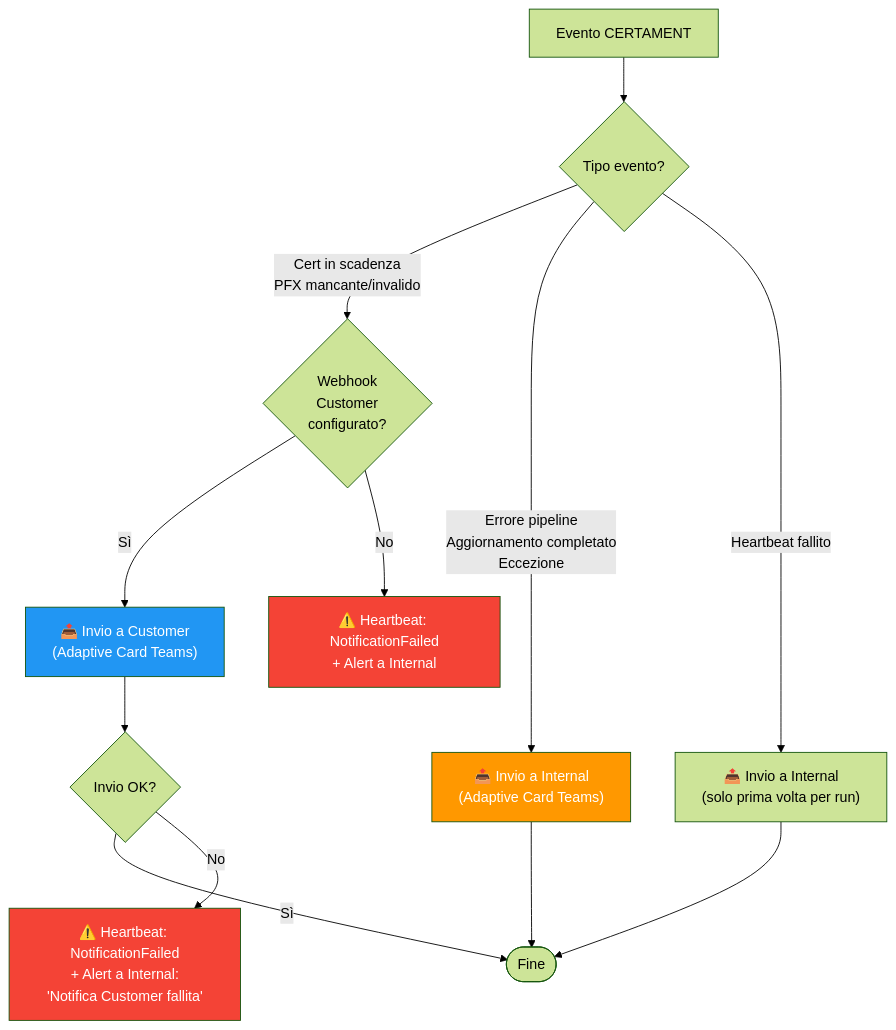
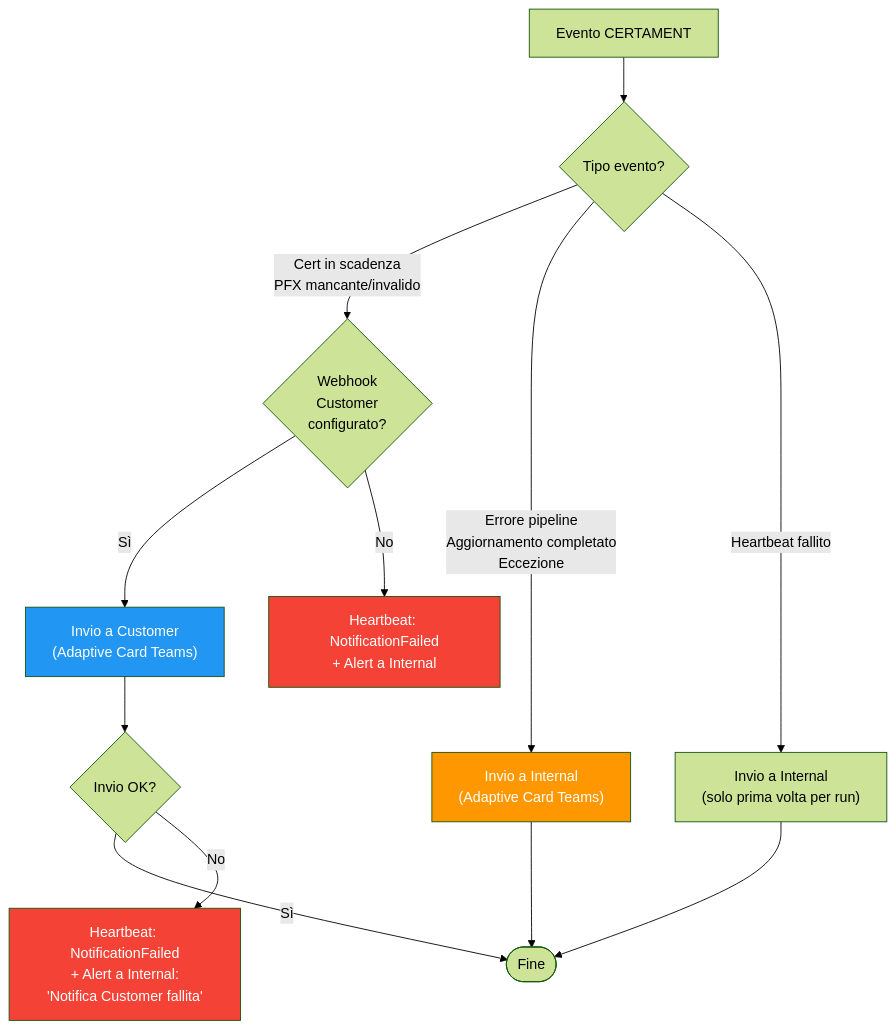
One commit to P1TT0/CERTAMENT changed the third of 4 diagrams in docs/CERTAMENT-Diagrammi.md. Above: the diagram before and after it, drawn with Mermaid (forest theme). The commit also changed other lines of this file, not shown here.

Commit message:
Remove emojis from docs diagrams for cleaner presentation

````diff
--- a/docs/CERTAMENT-Diagrammi.md
+++ b/docs/CERTAMENT-Diagrammi.md
@@ -162,23 +162,23 @@
 ```mermaid
 flowchart TD
     EVENT["Evento CERTAMENT"] --> TYPE{Tipo evento?}
 
     TYPE -->|Cert in scadenza<br/>PFX mancante/invalido| CUST_CHECK{Webhook<br/>Customer<br/>configurato?}
-    CUST_CHECK -->|Sì| SEND_CUST["📤 Invio a Customer<br/>(Adaptive Card Teams)"]
-    CUST_CHECK -->|No| FALLBACK1["⚠️ Heartbeat: NotificationFailed<br/>+ Alert a Internal"]
+    CUST_CHECK -->|Sì| SEND_CUST["Invio a Customer<br/>(Adaptive Card Teams)"]
+    CUST_CHECK -->|No| FALLBACK1["Heartbeat: NotificationFailed<br/>+ Alert a Internal"]
 
     SEND_CUST --> CUST_OK{Invio OK?}
     CUST_OK -->|Sì| DONE([Fine])
-    CUST_OK -->|No| FALLBACK2["⚠️ Heartbeat: NotificationFailed<br/>+ Alert a Internal:<br/>'Notifica Customer fallita'"]
+    CUST_OK -->|No| FALLBACK2["Heartbeat: NotificationFailed<br/>+ Alert a Internal:<br/>'Notifica Customer fallita'"]
 
-    TYPE -->|Errore pipeline<br/>Aggiornamento completato<br/>Eccezione| SEND_INT["📤 Invio a Internal<br/>(Adaptive Card Teams)"]
+    TYPE -->|Errore pipeline<br/>Aggiornamento completato<br/>Eccezione| SEND_INT["Invio a Internal<br/>(Adaptive Card Teams)"]
     SEND_INT --> DONE
 
-    TYPE -->|Heartbeat fallito| HB_NOTIFY["📤 Invio a Internal<br/>(solo prima volta per run)"]
+    TYPE -->|Heartbeat fallito| HB_NOTIFY["Invio a Internal<br/>(solo prima volta per run)"]
     HB_NOTIFY --> DONE
 
     style SEND_CUST fill:#2196F3,color:white
     style SEND_INT fill:#FF9800,color:white
     style FALLBACK1 fill:#f44336,color:white
     style FALLBACK2 fill:#f44336,color:white
 ```
````
